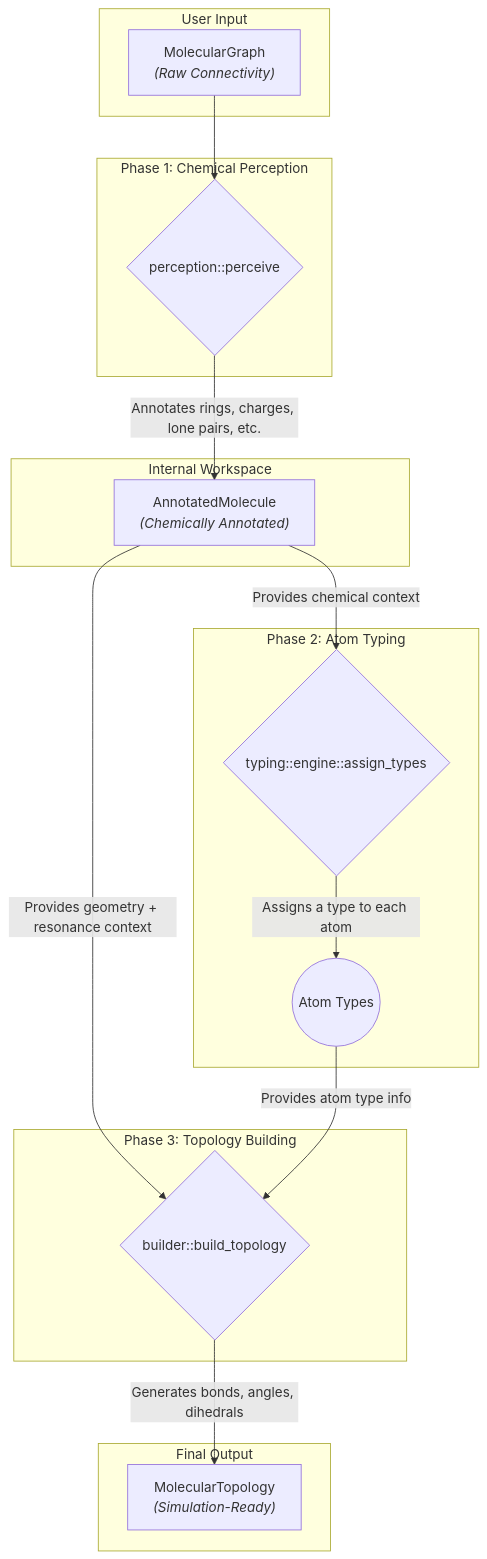
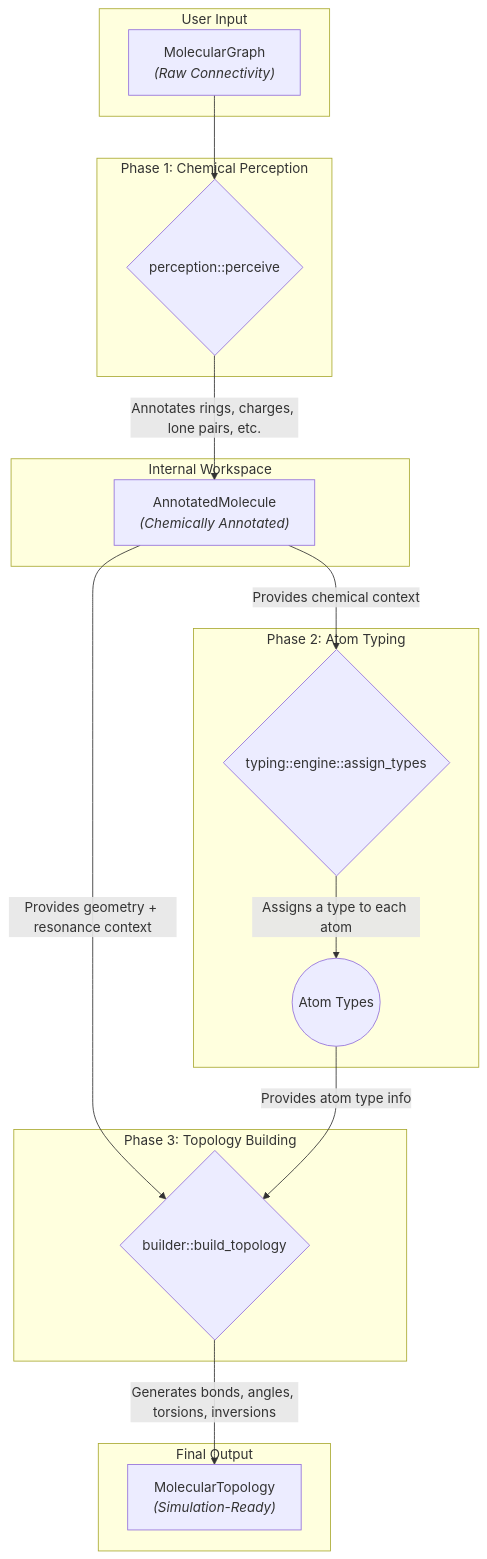
The diagram in docs/ARCHITECTURE.md (caltechmsc/dreid-typer), drawn with Mermaid before and after one commit. The commit also changed other lines of this file, not shown here.

Commit message:
docs(architecture): Update BuilderPhase description to include torsions and inversions

````diff
--- a/docs/ARCHITECTURE.md
+++ b/docs/ARCHITECTURE.md
@@ -13,38 +13,38 @@
 ```mermaid
 graph TD
     subgraph User Input
         InputGraph["MolecularGraph<br><i>(Raw Connectivity)</i>"]
     end
 
     subgraph Phase 1: Chemical Perception
         PerceptionPhase{"perception::perceive"}
     end
 
     subgraph Internal Workspace
         Annotated["AnnotatedMolecule<br><i>(Chemically Annotated)</i>"]
     end
 
     subgraph Phase 2: Atom Typing
         TypingPhase{"typing::engine::assign_types"}
         AtomTypes((Atom Types))
     end
 
     subgraph Phase 3: Topology Building
         BuilderPhase{"builder::build_topology"}
     end
 
     subgraph Final Output
         OutputTopology["MolecularTopology<br><i>(Simulation-Ready)</i>"]
     end
 
     InputGraph --> PerceptionPhase;
     PerceptionPhase -- "Annotates rings, charges, lone pairs, etc." --> Annotated;
 
     Annotated -- "Provides chemical context" --> TypingPhase;
     TypingPhase -- "Assigns a type to each atom" --> AtomTypes;
 
     Annotated -- "Provides geometry + resonance context" --> BuilderPhase;
     AtomTypes -- "Provides atom type info" --> BuilderPhase;
 
-    BuilderPhase -- "Generates bonds, angles, dihedrals" --> OutputTopology;
+    BuilderPhase -- "Generates bonds, angles, torsions, inversions" --> OutputTopology;
 ```
````
